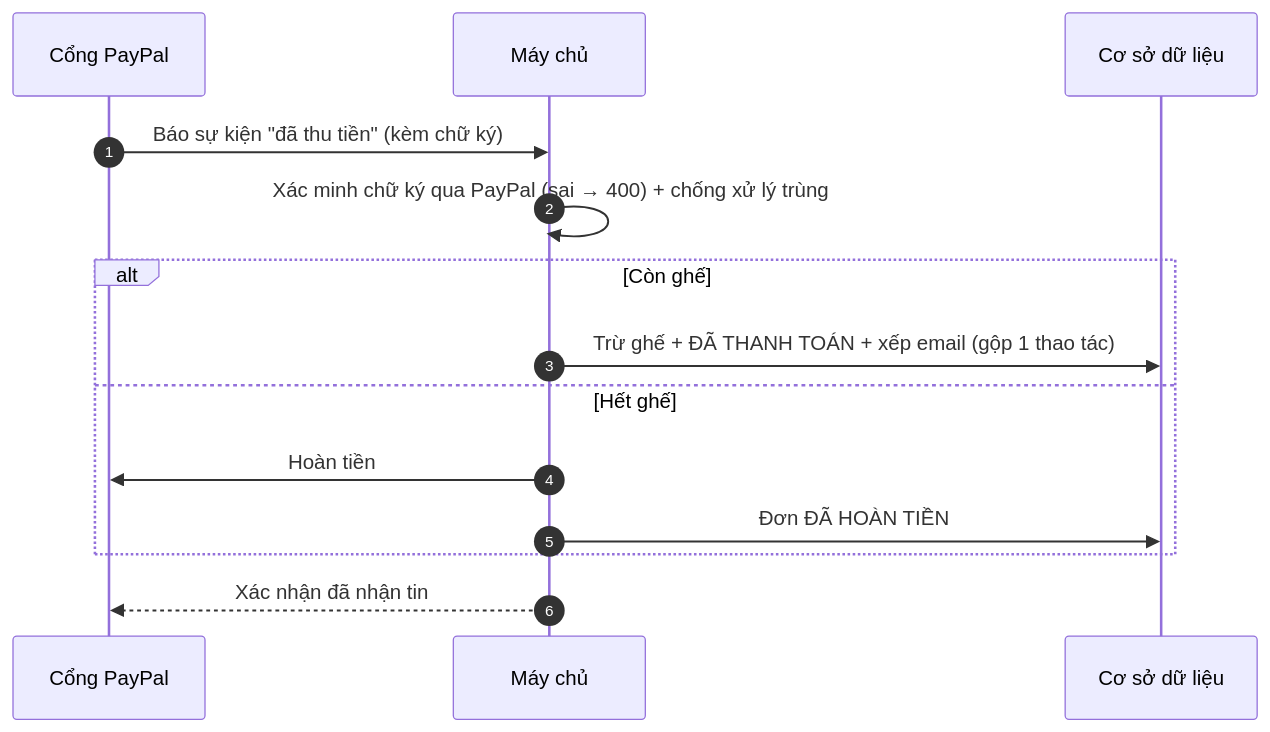
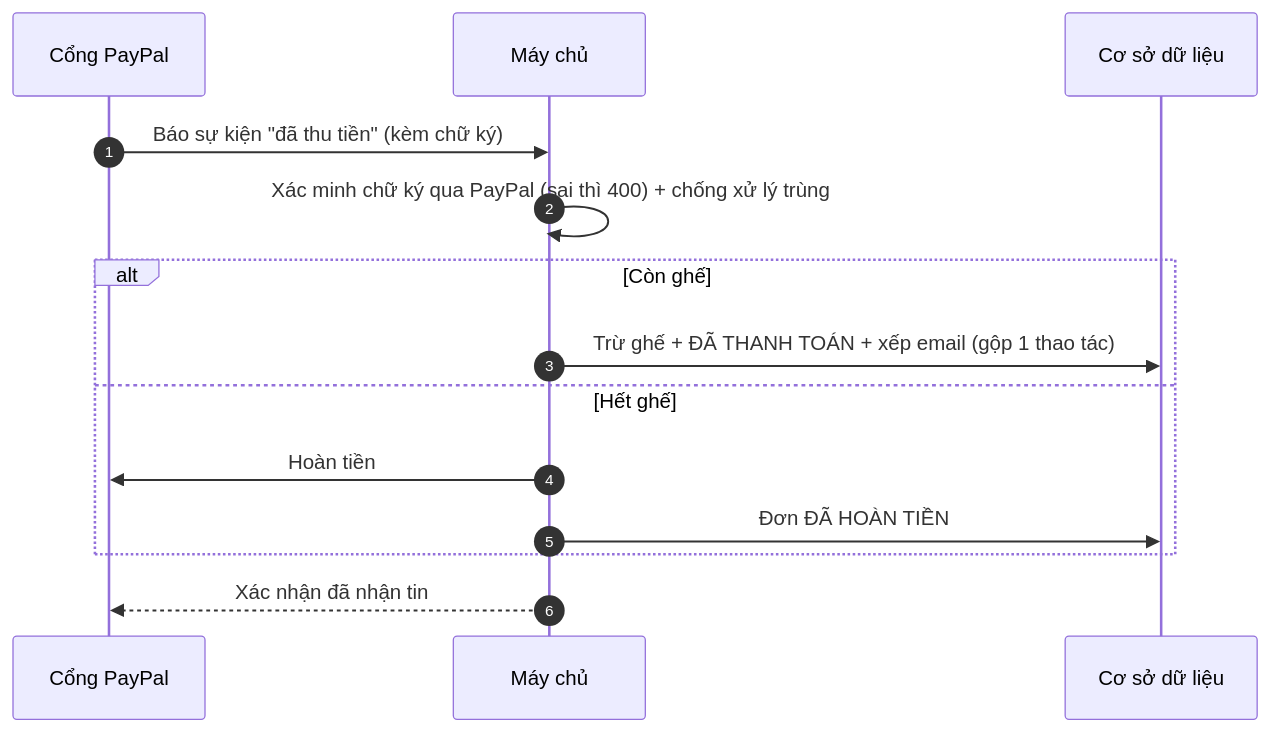
One commit to yurivolkov21/Tourism-Platform changed the fourth of 7 diagrams in docs/03-reference/diagrams-system.md. Above: the diagram before and after it, drawn with Mermaid. The commit also changed other lines of this file and 3 other files, not shown here.

First line of the commit message:
docs(reference): fix Mermaid rendering — drop ; and unicode arrows from messages

````diff
--- a/docs/03-reference/diagrams-system.md
+++ b/docs/03-reference/diagrams-system.md
@@ -84,16 +84,16 @@
 ```mermaid
 sequenceDiagram
     autonumber
     participant PAY as Cổng PayPal
     participant API as Máy chủ
     participant DB as Cơ sở dữ liệu
     PAY->>API: Báo sự kiện "đã thu tiền" (kèm chữ ký)
-    API->>API: Xác minh chữ ký qua PayPal (sai → 400) + chống xử lý trùng
+    API->>API: Xác minh chữ ký qua PayPal (sai thì 400) + chống xử lý trùng
     alt Còn ghế
         API->>DB: Trừ ghế + ĐÃ THANH TOÁN + xếp email (gộp 1 thao tác)
     else Hết ghế
         API->>PAY: Hoàn tiền
         API->>DB: Đơn ĐÃ HOÀN TIỀN
     end
     API-->>PAY: Xác nhận đã nhận tin
 ```
````
